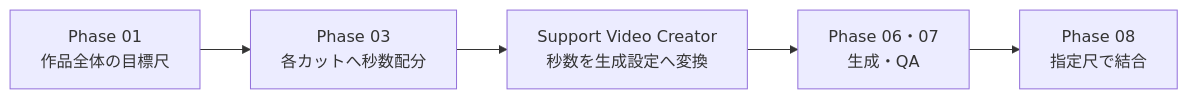
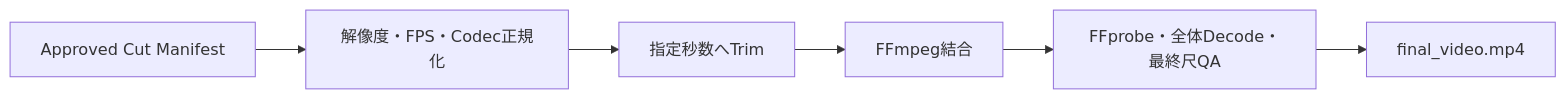
One commit to kawaharakoshiro23h-source/Agewec changed the diagram in workflow_v2/PHASE_08_POST_PRODUCTION.md. Above: the diagram before and after it, drawn with Mermaid. The commit also changed other lines of this file and 39 other files, not shown here.

````diff
--- a/workflow_v2/PHASE_08_POST_PRODUCTION.md
+++ b/workflow_v2/PHASE_08_POST_PRODUCTION.md
@@ -32,10 +14,8 @@
 ```mermaid
 flowchart LR
-    P1["Phase 01<br/>作品全体の目標尺"]
-    P3["Phase 03<br/>各カットへ秒数配分"]
-    S["Support Video Creator<br/>秒数を生成設定へ変換"]
-    P6["Phase 06・07<br/>生成・QA"]
-    P8["Phase 08<br/>指定尺で結合"]
-
-    P1 --> P3 --> S --> P6 --> P8
+    A["Approved Cut Manifest"] --> N["解像度・FPS・Codec正規化"]
+    N --> T["指定秒数へTrim"]
+    T --> C["FFmpeg結合"]
+    C --> Q["FFprobe・全体Decode・最終尺QA"]
+    Q --> O["final_video.mp4"]
 ```
````
